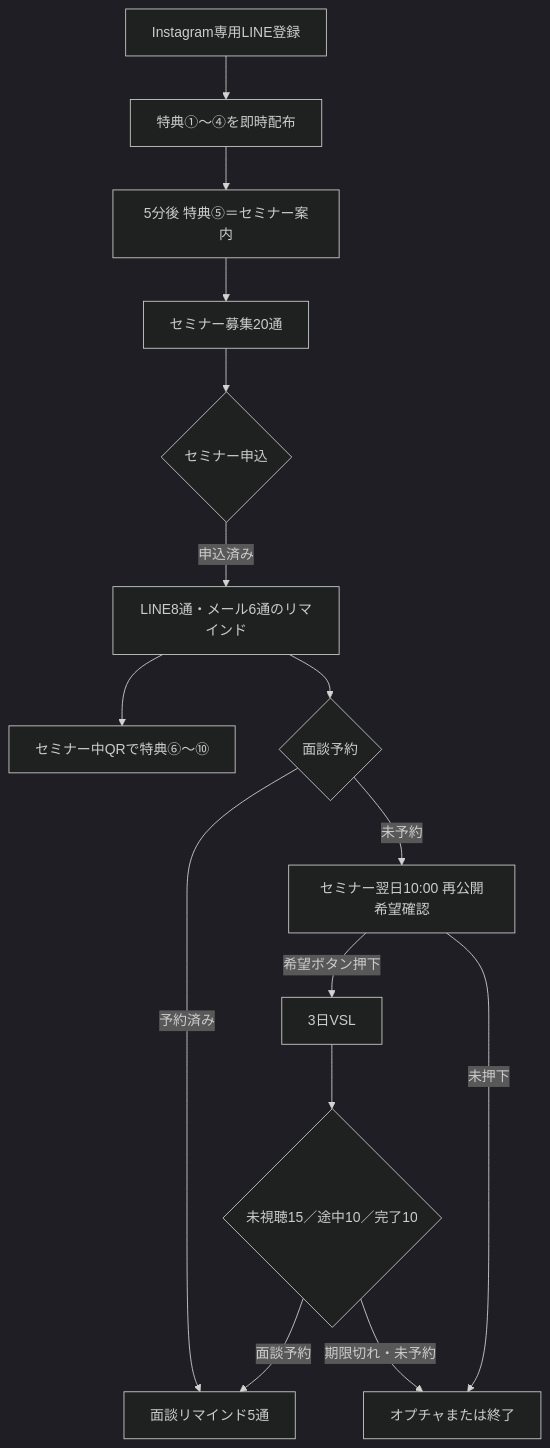
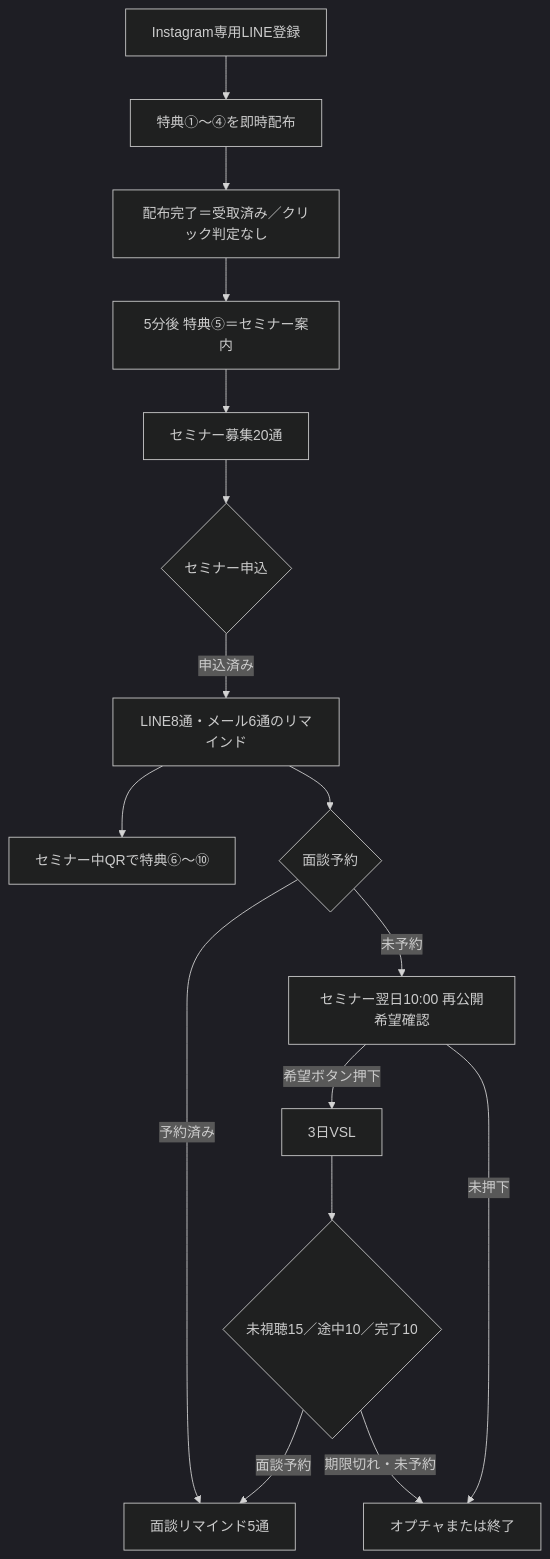
One commit to puuku0510/suya-ai-school-line-funnel changed the third of 3 diagrams in kaneko-three-funnels-handoff/kaneko-three-funnels-implementation-guide.md. Above: the diagram before and after it, drawn with Mermaid (dark theme). The commit also changed other lines of this file and 11 other files, not shown here.

````diff
--- a/kaneko-three-funnels-handoff/kaneko-three-funnels-implementation-guide.md
+++ b/kaneko-three-funnels-handoff/kaneko-three-funnels-implementation-guide.md
@@ -104,17 +106,18 @@
 ```mermaid
 flowchart TD
     A["Instagram専用LINE登録"] --> B["特典①〜④を即時配布"]
-    B --> C["5分後 特典⑤＝セミナー案内"]
-    C --> D["セミナー募集20通"]
-    D --> E{"セミナー申込"}
-    E -->|"申込済み"| F["LINE8通・メール6通のリマインド"]
-    F --> G["セミナー中QRで特典⑥〜⑩"]
-    F --> H{"面談予約"}
-    H -->|"予約済み"| I["面談リマインド5通"]
-    H -->|"未予約"| J["セミナー翌日10:00 再公開希望確認"]
-    J -->|"希望ボタン押下"| K["3日VSL"]
-    J -->|"未押下"| L["オプチャまたは終了"]
-    K --> M{"未視聴15／途中10／完了10"}
-    M -->|"面談予約"| I
-    M -->|"期限切れ・未予約"| L
+    B --> C["配布完了＝受取済み／クリック判定なし"]
+    C --> D["5分後 特典⑤＝セミナー案内"]
+    D --> E["セミナー募集20通"]
+    E --> F{"セミナー申込"}
+    F -->|"申込済み"| G["LINE8通・メール6通のリマインド"]
+    G --> H["セミナー中QRで特典⑥〜⑩"]
+    G --> I{"面談予約"}
+    I -->|"予約済み"| J["面談リマインド5通"]
+    I -->|"未予約"| K["セミナー翌日10:00 再公開希望確認"]
+    K -->|"希望ボタン押下"| L["3日VSL"]
+    K -->|"未押下"| M["オプチャまたは終了"]
+    L --> N{"未視聴15／途中10／完了10"}
+    N -->|"面談予約"| J
+    N -->|"期限切れ・未予約"| M
 ```
````
